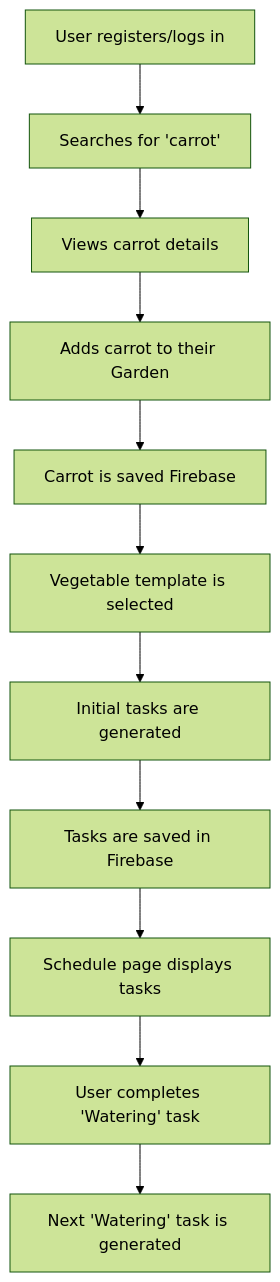
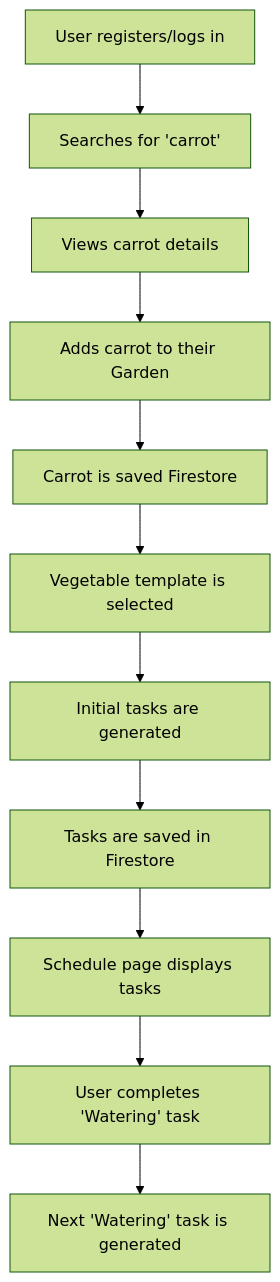
Before and after one commit to RKaurB/cfgdegree-fullstack-project-group3: the second of 3 diagrams in docs/planning/scheduling-task-generation-design.md, drawn with Mermaid (forest theme). The commit also changed other lines of this file and 1 other file, not shown here.

Commit message:
Update scheduling design doc and add data flow and firestore structure diagram

````diff
--- a/docs/planning/scheduling-task-generation-design.md
+++ b/docs/planning/scheduling-task-generation-design.md
@@ -252,26 +286,26 @@
 ```mermaid
 flowchart TD
     1["User registers/logs in"]
     2["Searches for 'carrot'"]
     3["Views carrot details"]
     4["Adds carrot to their Garden"]
-    5["Carrot is saved Firebase"]
+    5["Carrot is saved Firestore"]
     6["Vegetable template is selected"]
     7["Initial tasks are generated"]
-    8["Tasks are saved in Firebase"]
+    8["Tasks are saved in Firestore"]
     9["Schedule page displays tasks"]
     10["User completes 'Watering' task"]
     11["Next 'Watering' task is generated"]
 
 
     1 --> 2
     2 --> 3
     3 --> 4
     4 --> 5
     5 --> 6
     6 --> 7
     7 --> 8
     8 --> 9
     9 --> 10
     10 --> 11
 ```
````
